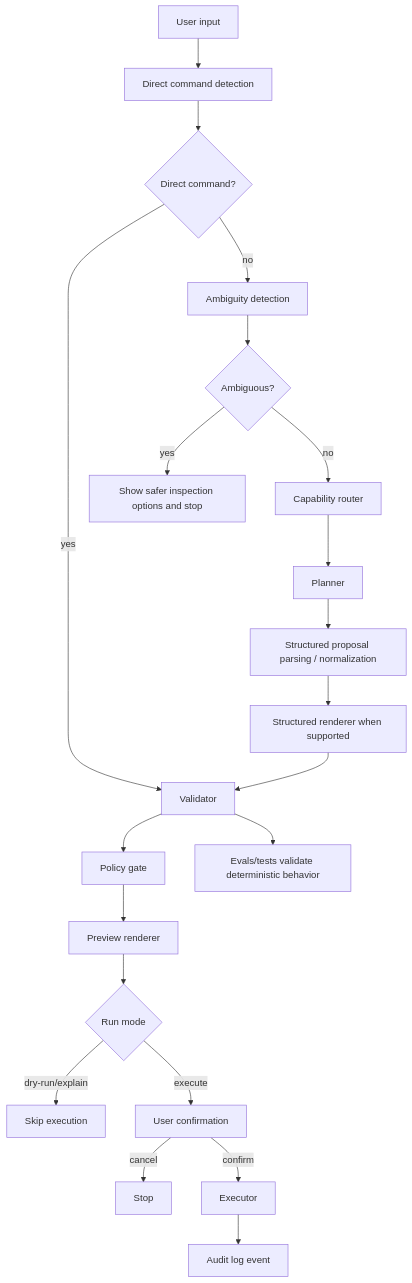
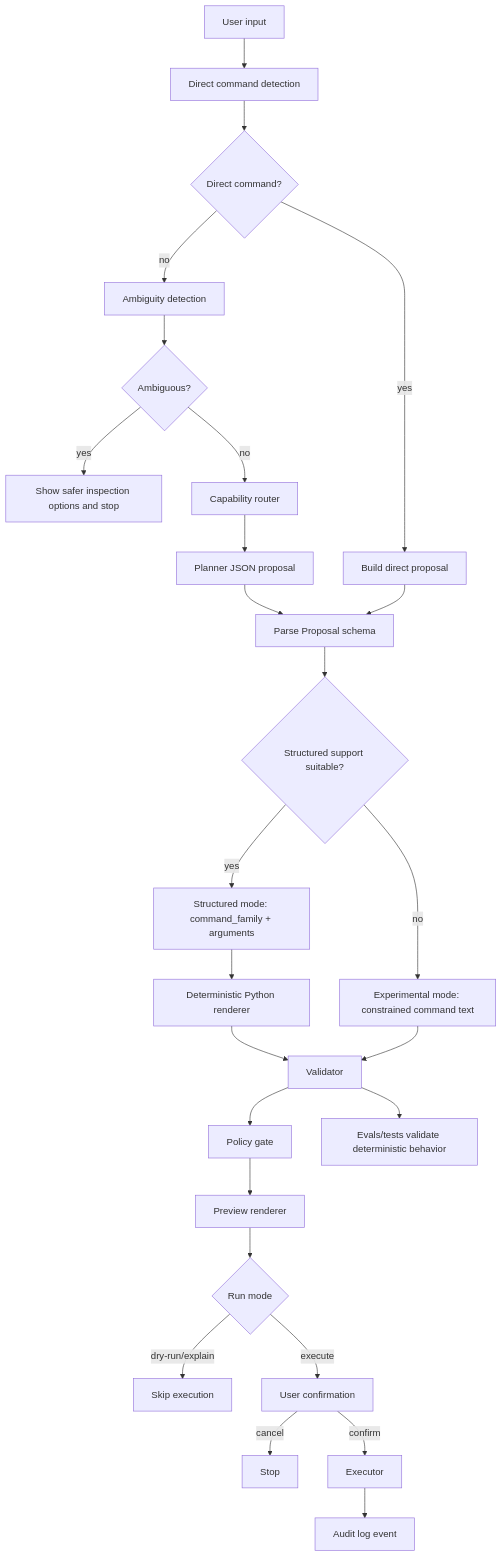
The diagram in docs/architecture/request-lifecycle.md (PooriaT/oterminus), drawn with Mermaid before and after one commit. The commit also changed other lines of this file and 10 other files, not shown here.

Commit message:
Document final proposal mode model

````diff
--- a/docs/architecture/request-lifecycle.md
+++ b/docs/architecture/request-lifecycle.md
@@ -5,23 +5,28 @@
 ```mermaid
 flowchart TD
   A[User input] --> B[Direct command detection]
   B --> C{Direct command?}
-  C -->|yes| H[Validator]
+  C -->|yes| C1[Build direct proposal]
   C -->|no| D[Ambiguity detection]
   D --> E{Ambiguous?}
   E -->|yes| E1[Show safer inspection options and stop]
   E -->|no| F[Capability router]
-  F --> G[Planner]
-  G --> G1[Structured proposal parsing / normalization]
-  G1 --> R[Structured renderer when supported]
+  F --> G[Planner JSON proposal]
+  G --> P[Parse Proposal schema]
+  C1 --> P
+  P --> S{Structured support suitable?}
+  S -->|yes| S1[Structured mode: command_family + arguments]
+  S1 --> R[Deterministic Python renderer]
+  S -->|no| X1[Experimental mode: constrained command text]
   R --> H[Validator]
+  X1 --> H
   H --> I[Policy gate]
   I --> J[Preview renderer]
   J --> K{Run mode}
   K -->|dry-run/explain| K1[Skip execution]
   K -->|execute| L[User confirmation]
   L -->|cancel| L1[Stop]
   L -->|confirm| M[Executor]
   M --> N[Audit log event]
   H --> O[Evals/tests validate deterministic behavior]
 ```
````
